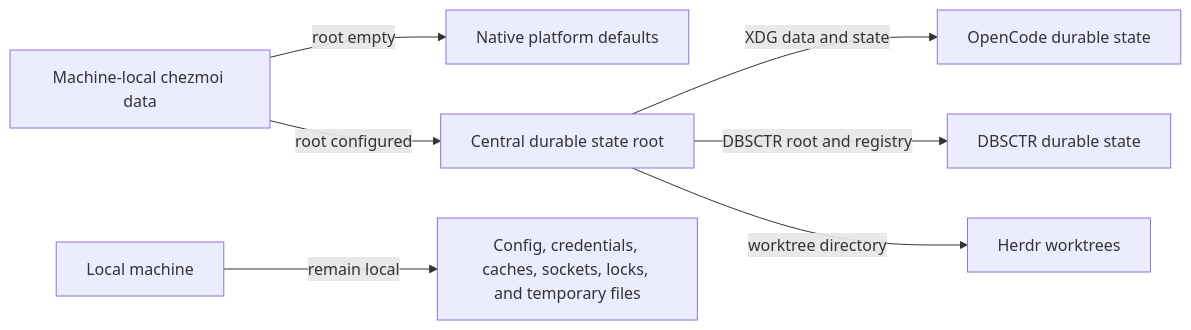
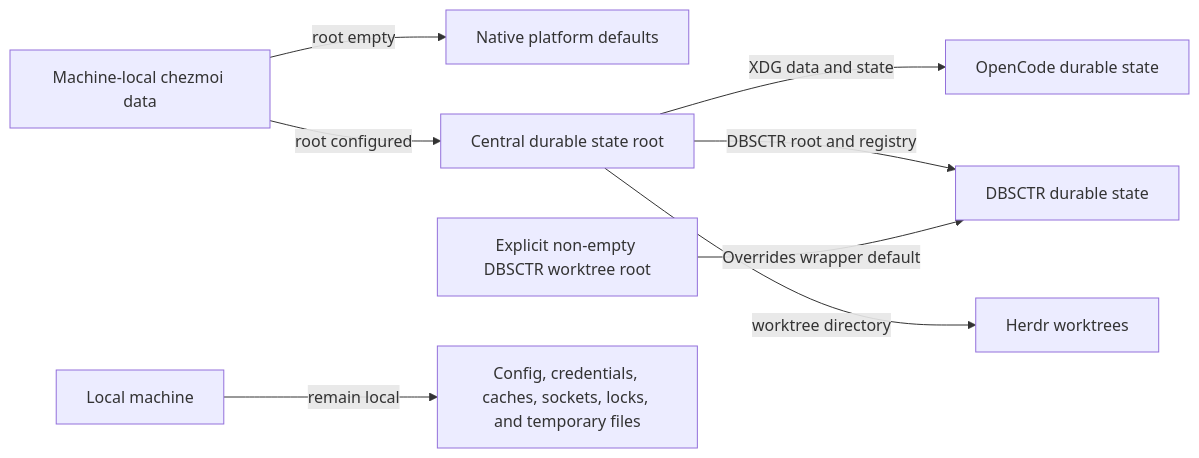
One commit to Saltiola7/dotfiles-ai changed the second of 3 diagrams in docs/specs/opencode_control_plane/README.md. Above: the diagram before and after it, drawn with Mermaid. The commit also changed other lines of this file and 3 other files, not shown here.

Commit message:
fix(opencode): honor explicit worktree root

````diff
--- a/docs/specs/opencode_control_plane/README.md
+++ b/docs/specs/opencode_control_plane/README.md
@@ -318,11 +318,12 @@
 ```mermaid
 flowchart LR
     accTitle: Optional centralized durable state
-    accDescr: An empty state-root setting keeps native OpenCode, DBSCTR, and Herdr locations. A configured root scopes XDG data and state paths to OpenCode and lifecycle workers, while Herdr receives only explicit component roots and its worktree location. Configuration and credentials remain local.
+    accDescr: An empty state-root setting keeps native OpenCode, DBSCTR, and Herdr locations. A configured root scopes XDG data and state paths to OpenCode and lifecycle workers, while Herdr receives only explicit component roots and its worktree location. An explicitly supplied non-empty DBSCTR worktree root overrides the wrapper's centralized default. Configuration and credentials remain local.
     C[Machine-local chezmoi data] -->|root empty| N[Native platform defaults]
     C -->|root configured| R[Central durable state root]
     R -->|XDG data and state| O[OpenCode durable state]
     R -->|DBSCTR root and registry| D[DBSCTR durable state]
+    E[Explicit non-empty DBSCTR worktree root] -->|Overrides wrapper default| D
     R -->|worktree directory| H[Herdr worktrees]
     L[Local machine] -->|remain local| K[Config, credentials, caches, sockets, locks, and temporary files]
 ```
````
